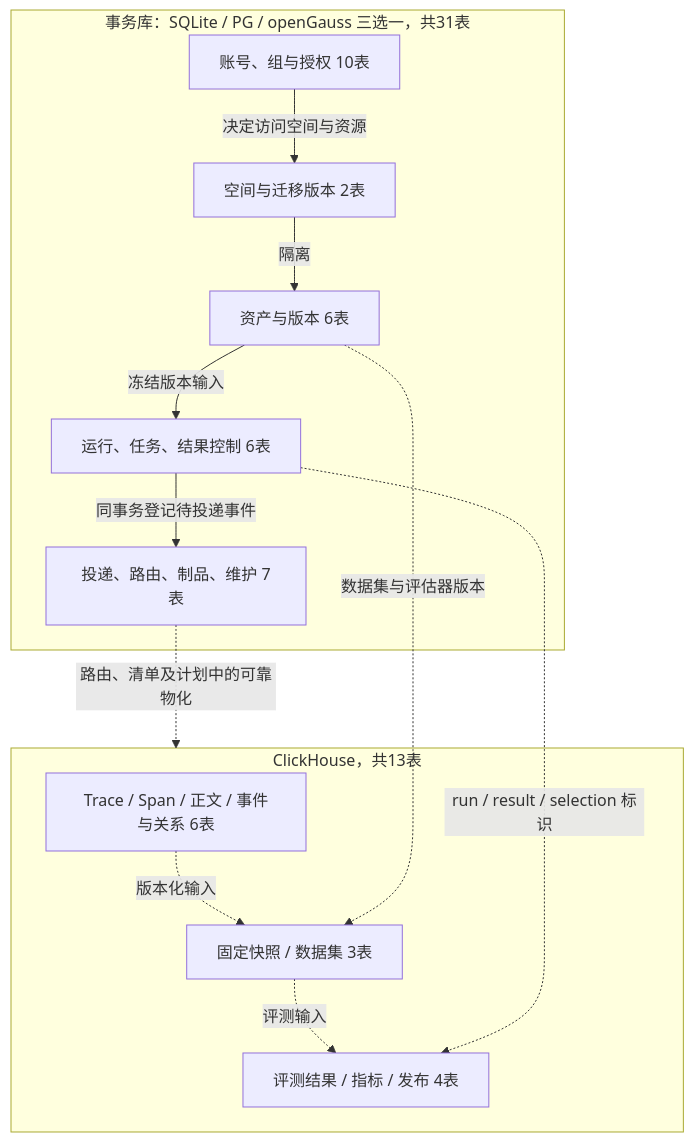
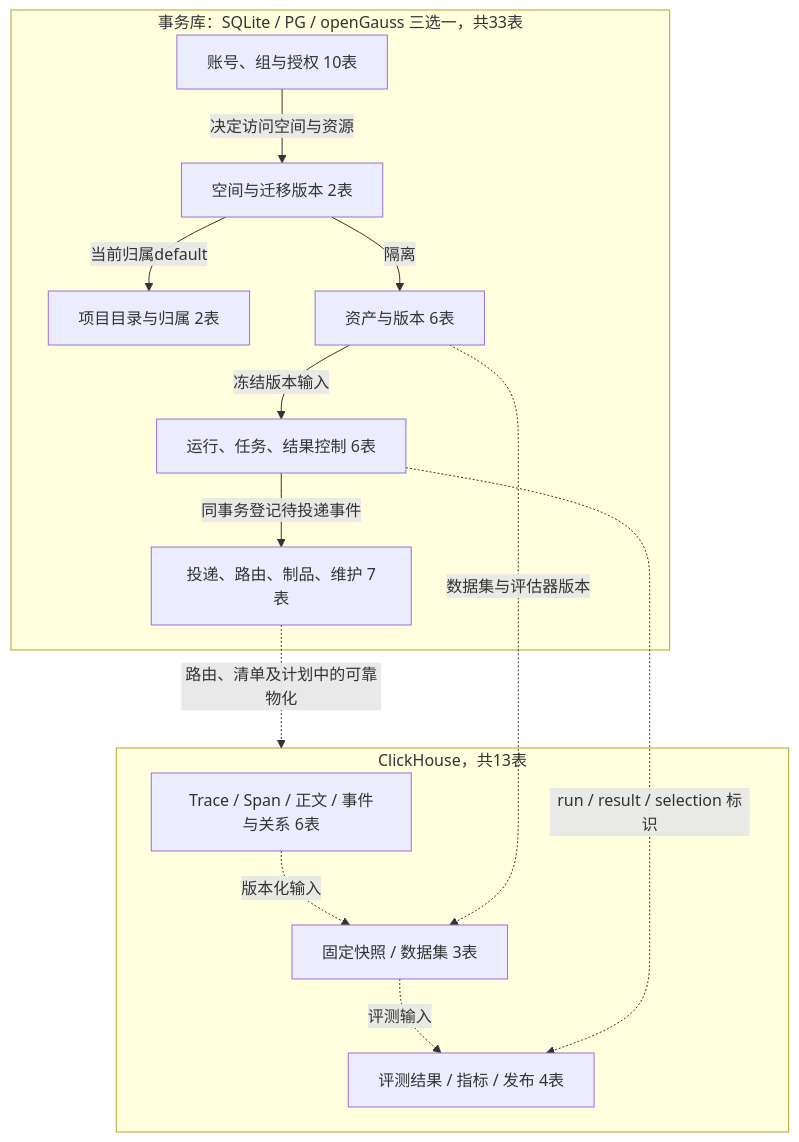
One commit to openeuler-mirror/agent-insight changed the first of 8 diagrams in design/platform/analytical-transactional-storage/core-table-dictionary.md. Above: the diagram before and after it, drawn with Mermaid. The commit also changed other lines of this file and 7 other files, not shown here.

````diff
--- a/design/platform/analytical-transactional-storage/core-table-dictionary.md
+++ b/design/platform/analytical-transactional-storage/core-table-dictionary.md
@@ -11,24 +11,26 @@
 ```mermaid
 flowchart TB
-  subgraph TX[事务库：SQLite / PG / openGauss 三选一，共31表]
+  subgraph TX[事务库：SQLite / PG / openGauss 三选一，共33表]
     BASE[空间与迁移版本 2表]
+    PROJECT[项目目录与归属 2表]
     IAM[账号、组与授权 10表]
     ASSET[资产与版本 6表]
     RUN[运行、任务、结果控制 6表]
     SUPPORT[投递、路由、制品、维护 7表]
     IAM -->|决定访问空间与资源| BASE
+    BASE -->|当前归属default| PROJECT
     BASE -->|隔离| ASSET
     ASSET -->|冻结版本输入| RUN
     RUN -->|同事务登记待投递事件| SUPPORT
   end
   subgraph CH[ClickHouse，共13表]
     TRACE[Trace / Span / 正文 / 事件与关系 6表]
     DATA[固定快照 / 数据集 3表]
     EVAL[评测结果 / 指标 / 发布 4表]
     TRACE -.->|版本化输入| DATA
     DATA -.->|评测输入| EVAL
   end
   SUPPORT -.->|路由、清单及计划中的可靠物化| CH
   ASSET -.->|数据集与评估器版本| DATA
   RUN -.->|run / result / selection 标识| EVAL
 ```
````
